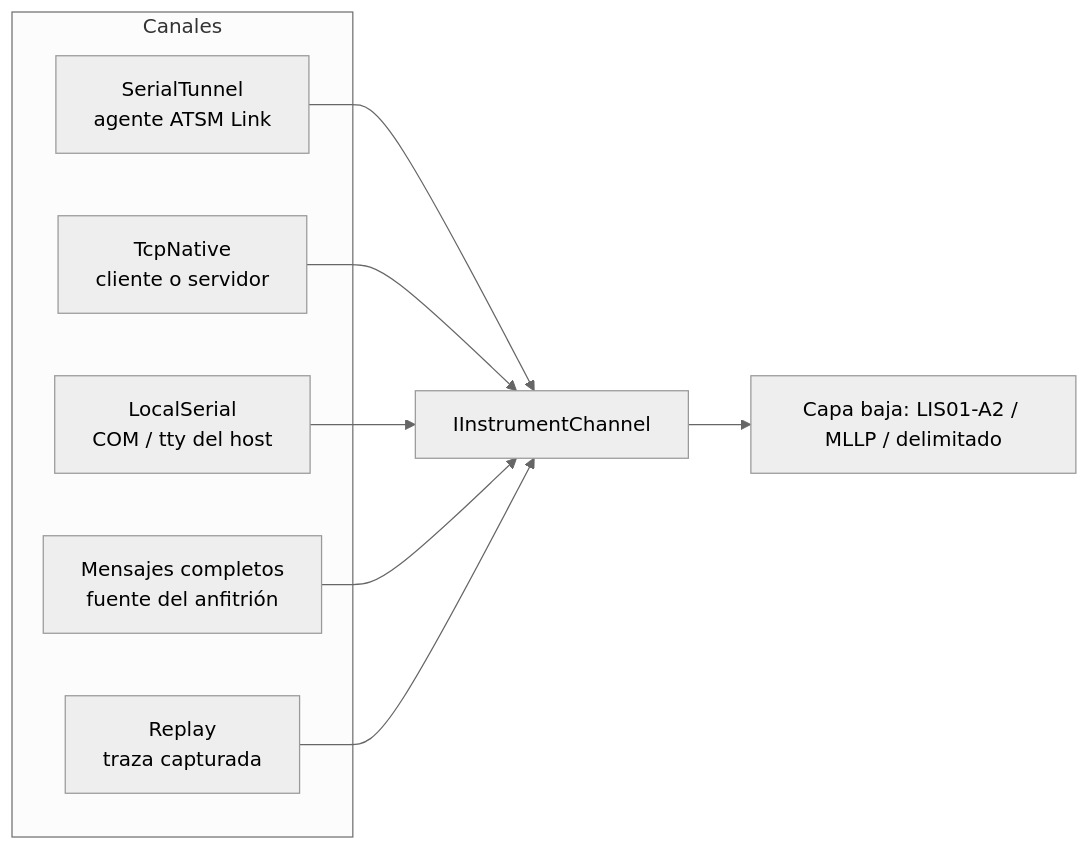
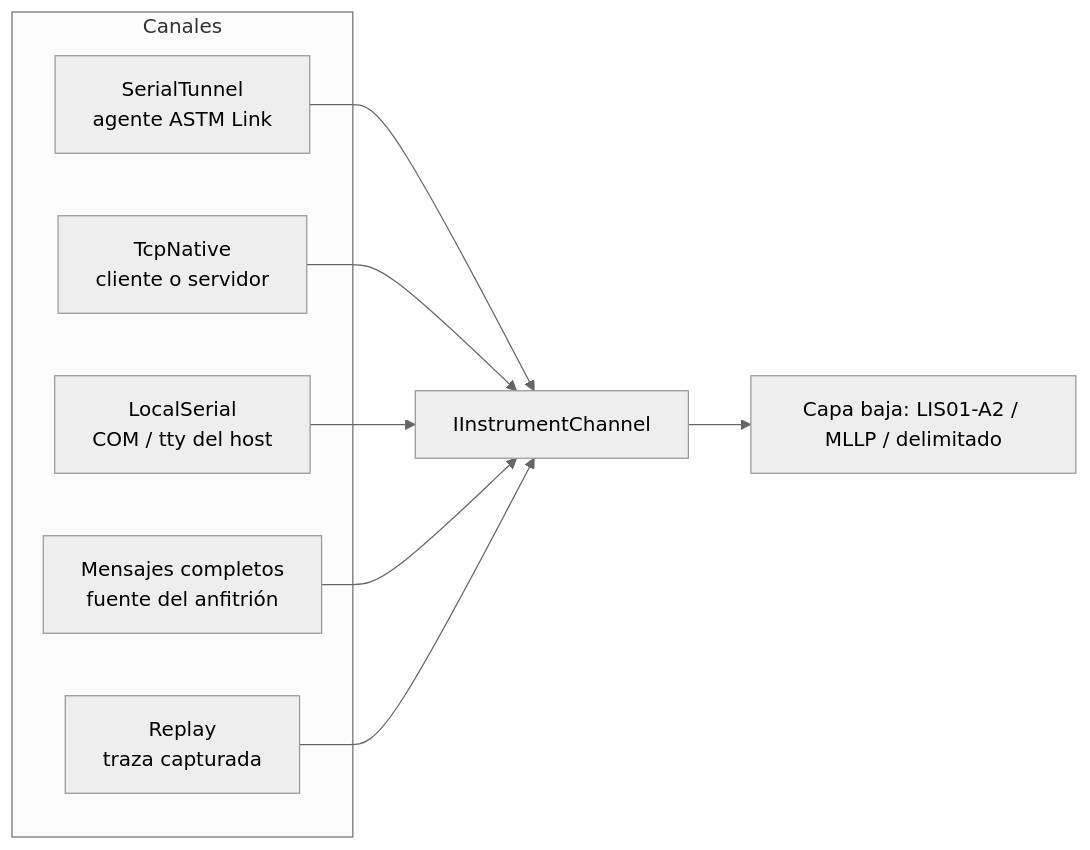
The diagram in Documentacion/INTERFAZ-COMUNICACION.md (kalyx-ar/ASTM), drawn with Mermaid (neutral theme) before and after one commit. The commit also changed other lines of this file and 447 other files, not shown here.

````diff
--- a/Documentacion/INTERFAZ-COMUNICACION.md
+++ b/Documentacion/INTERFAZ-COMUNICACION.md
@@ -11,12 +11,12 @@
 ```mermaid
 flowchart LR
     subgraph Canales
-      A[SerialTunnel<br/>agente ATSM Link]
+      A[SerialTunnel<br/>agente ASTM Link]
       B[TcpNative<br/>cliente o servidor]
       C[LocalSerial<br/>COM / tty del host]
       D[Mensajes completos<br/>fuente del anfitrión]
       E[Replay<br/>traza capturada]
     end
     A & B & C & D & E --> I[IInstrumentChannel]
     I --> L[Capa baja: LIS01-A2 / MLLP / delimitado]
 ```
````
